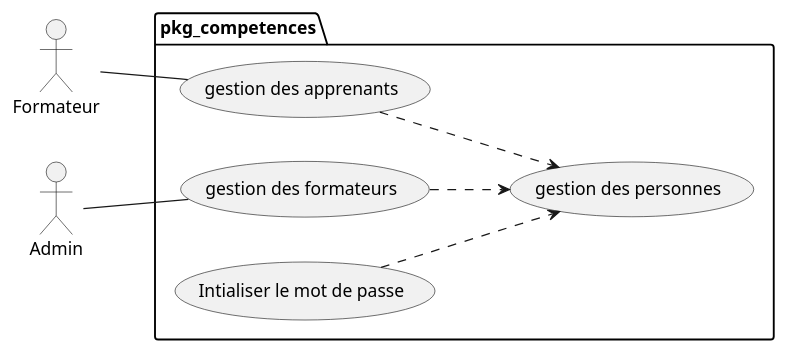
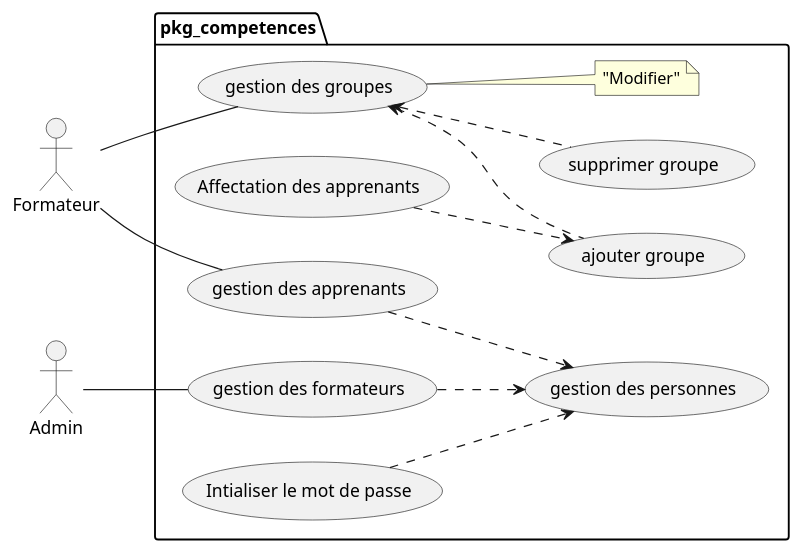
One commit to zaani12/prototype changed the diagram in modélisation/pkg_rh/uses_cases_pkg_rh.puml. Above: the diagram before and after it, drawn with PlantUML. The commit also changed 31 other files, not shown here.

```diff
--- a/modélisation/pkg_rh/uses_cases_pkg_rh.puml
+++ b/modélisation/pkg_rh/uses_cases_pkg_rh.puml
@@ -1,21 +1,27 @@
 @startuml uses_cases_pkg_rh
  
 left to right direction
 
 actor Formateur as formateur
 actor Admin as admin
 
 package pkg_competences {
 
- 
   (gestion des formateurs)  ..> (gestion des personnes) 
   (gestion des apprenants)  ..> (gestion des personnes) 
   formateur --  (gestion des apprenants) 
   admin --  (gestion des formateurs) 
 
+  formateur --  (gestion des groupes) 
+  (gestion des groupes)  <.. (ajouter groupe)
+  (Affectation des apprenants) ..> (ajouter groupe)
+  (gestion des groupes)  <.. (supprimer groupe)
+
   (Intialiser le mot de passe) ..> (gestion des personnes)
+
+  note right of "gestion des groupes" : "Modifier"
 }  
 
-' note right of admin : "note 1"
+
 
 @enduml
```
